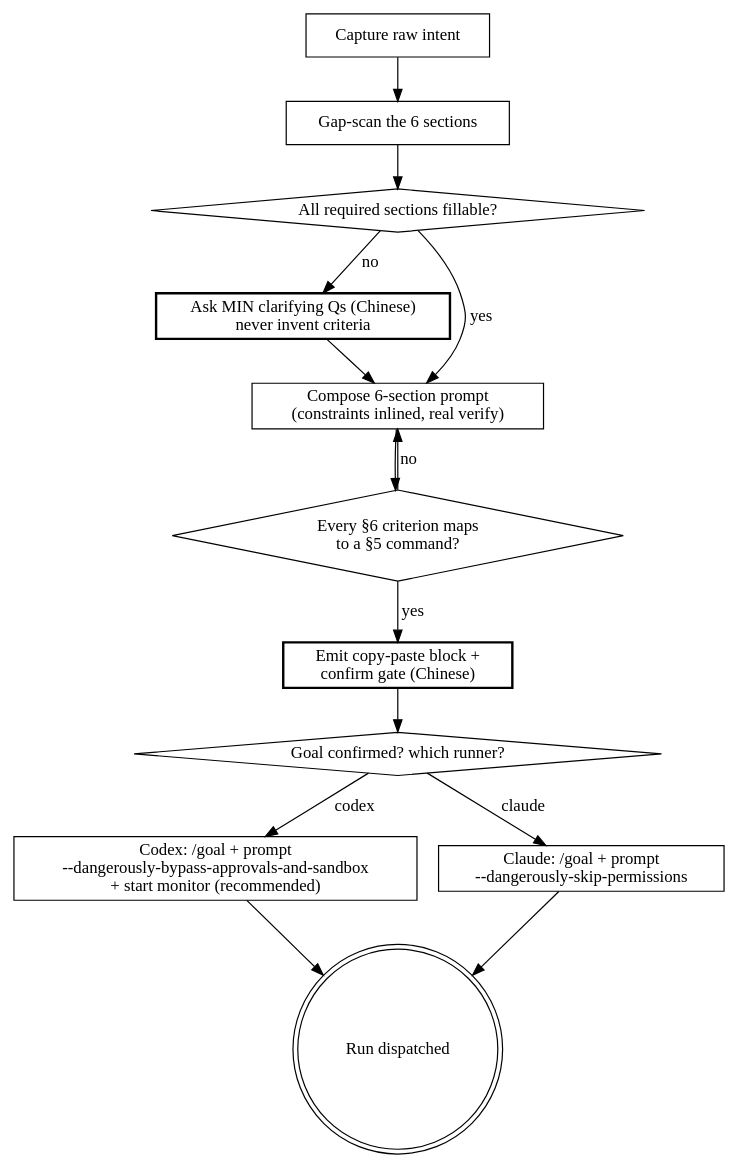
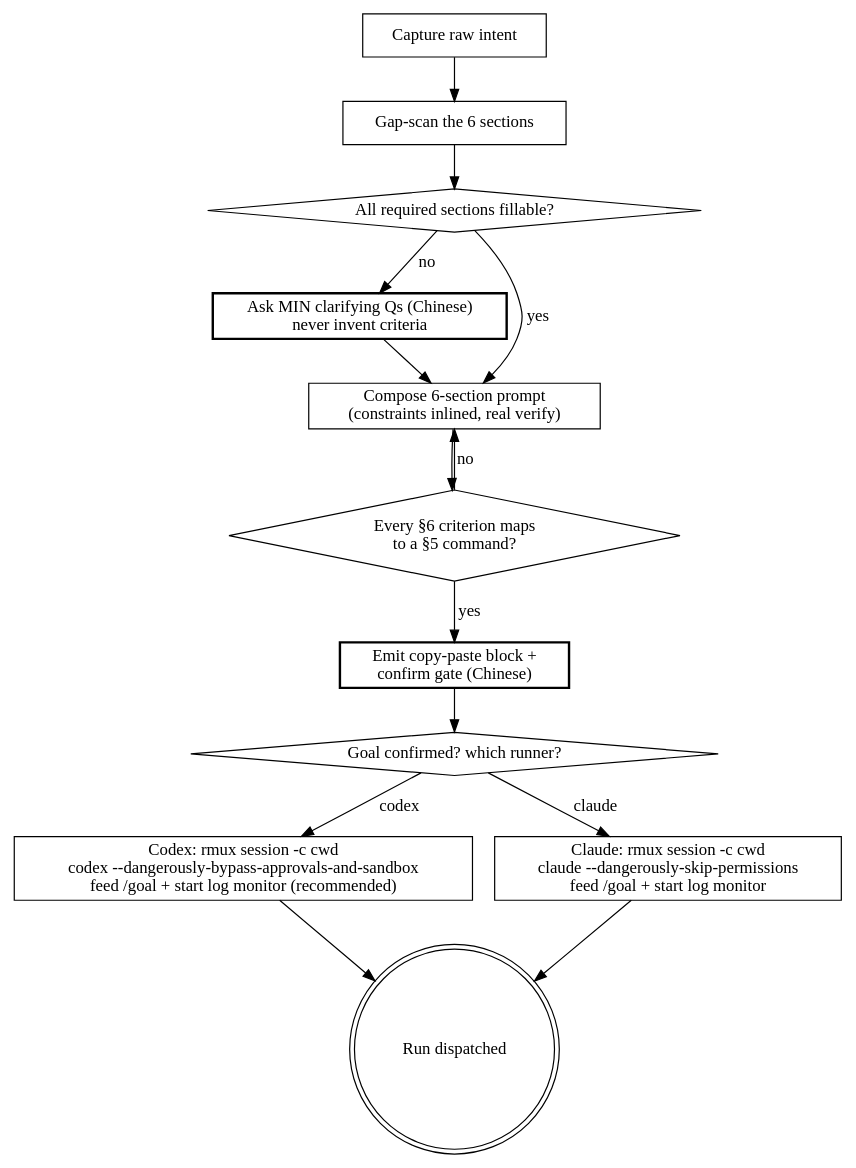
The diagram in wayne-goal-prompt/SKILL.md (waynejing995/wayne-taste), drawn with Graphviz before and after one commit. The commit also changed other lines of this file, not shown here.

First line of the commit message:
feat: dispatch goal runs via detached rmux session + log monitor

````diff
--- a/wayne-goal-prompt/SKILL.md
+++ b/wayne-goal-prompt/SKILL.md
@@ -89,31 +89,31 @@
 ```dot
 digraph goalprompt {
     rankdir=TB;
 
     "Capture raw intent" [shape=box];
     "Gap-scan the 6 sections" [shape=box];
     "All required sections fillable?" [shape=diamond];
     "Ask MIN clarifying Qs (Chinese)\nnever invent criteria" [shape=box, style=bold];
     "Compose 6-section prompt\n(constraints inlined, real verify)" [shape=box];
     "Every §6 criterion maps\nto a §5 command?" [shape=diamond];
     "Emit copy-paste block +\nconfirm gate (Chinese)" [shape=box, style=bold];
     "Goal confirmed? which runner?" [shape=diamond];
-    "Codex: /goal + prompt\n--dangerously-bypass-approvals-and-sandbox\n+ start monitor (recommended)" [shape=box];
-    "Claude: /goal + prompt\n--dangerously-skip-permissions" [shape=box];
+    "Codex: rmux session -c cwd\ncodex --dangerously-bypass-approvals-and-sandbox\nfeed /goal + start log monitor (recommended)" [shape=box];
+    "Claude: rmux session -c cwd\nclaude --dangerously-skip-permissions\nfeed /goal + start log monitor" [shape=box];
     "Run dispatched" [shape=doublecircle];
 
     "Capture raw intent" -> "Gap-scan the 6 sections";
     "Gap-scan the 6 sections" -> "All required sections fillable?";
     "All required sections fillable?" -> "Ask MIN clarifying Qs (Chinese)\nnever invent criteria" [label="no"];
     "All required sections fillable?" -> "Compose 6-section prompt\n(constraints inlined, real verify)" [label="yes"];
     "Ask MIN clarifying Qs (Chinese)\nnever invent criteria" -> "Compose 6-section prompt\n(constraints inlined, real verify)";
     "Compose 6-section prompt\n(constraints inlined, real verify)" -> "Every §6 criterion maps\nto a §5 command?";
     "Every §6 criterion maps\nto a §5 command?" -> "Compose 6-section prompt\n(constraints inlined, real verify)" [label="no"];
     "Every §6 criterion maps\nto a §5 command?" -> "Emit copy-paste block +\nconfirm gate (Chinese)" [label="yes"];
     "Emit copy-paste block +\nconfirm gate (Chinese)" -> "Goal confirmed? which runner?";
-    "Goal confirmed? which runner?" -> "Codex: /goal + prompt\n--dangerously-bypass-approvals-and-sandbox\n+ start monitor (recommended)" [label="codex"];
-    "Goal confirmed? which runner?" -> "Claude: /goal + prompt\n--dangerously-skip-permissions" [label="claude"];
-    "Codex: /goal + prompt\n--dangerously-bypass-approvals-and-sandbox\n+ start monitor (recommended)" -> "Run dispatched";
-    "Claude: /goal + prompt\n--dangerously-skip-permissions" -> "Run dispatched";
+    "Goal confirmed? which runner?" -> "Codex: rmux session -c cwd\ncodex --dangerously-bypass-approvals-and-sandbox\nfeed /goal + start log monitor (recommended)" [label="codex"];
+    "Goal confirmed? which runner?" -> "Claude: rmux session -c cwd\nclaude --dangerously-skip-permissions\nfeed /goal + start log monitor" [label="claude"];
+    "Codex: rmux session -c cwd\ncodex --dangerously-bypass-approvals-and-sandbox\nfeed /goal + start log monitor (recommended)" -> "Run dispatched";
+    "Claude: rmux session -c cwd\nclaude --dangerously-skip-permissions\nfeed /goal + start log monitor" -> "Run dispatched";
 }
 ```
````
